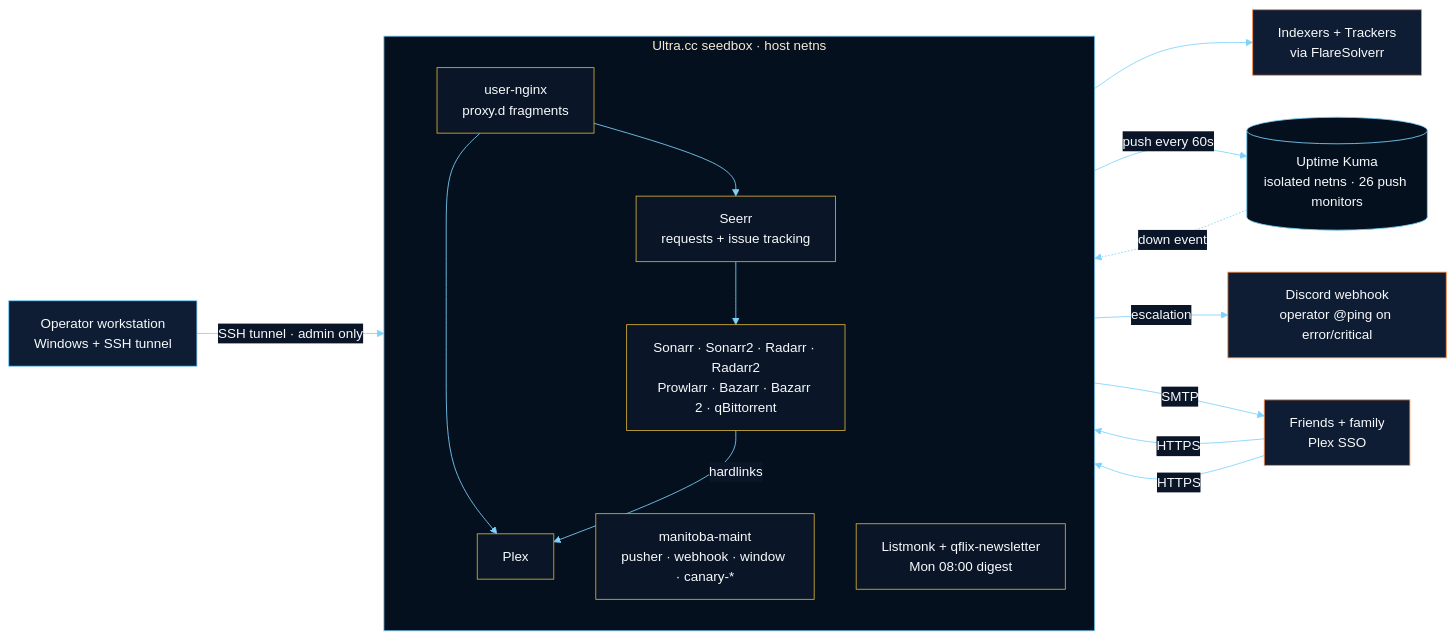
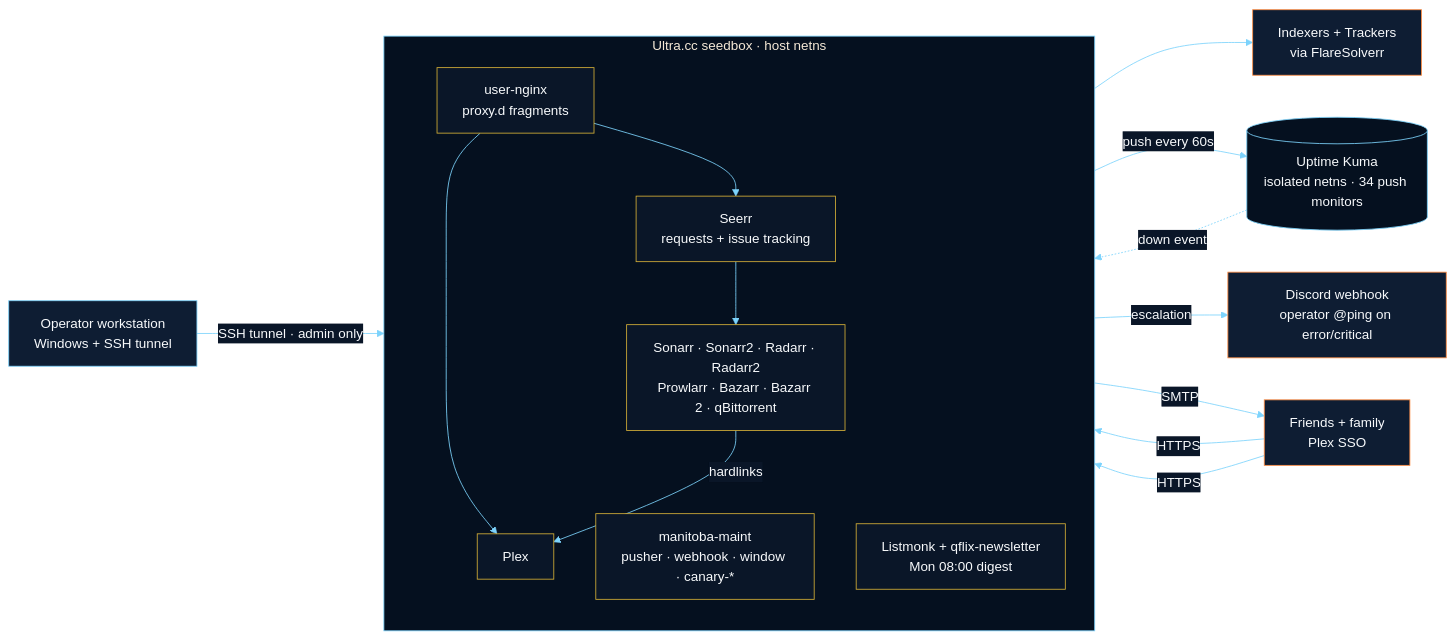
One commit to Quadstronaut/QFlix changed the first of 6 diagrams in README.md. Above: the diagram before and after it, drawn with Mermaid. The commit also changed other lines of this file and 59 other files, not shown here.

````diff
--- a/README.md
+++ b/README.md
@@ -76,35 +76,35 @@
 ```mermaid
 %%{init: {'theme':'base','themeVariables':{'primaryColor':'#0e1d33','primaryTextColor':'#f8fafc','primaryBorderColor':'#ff8c42','lineColor':'#7dd3fc','secondaryColor':'#05101f','tertiaryColor':'#0a1628','clusterBkg':'#05101f','clusterBorder':'#7dd3fc','edgeLabelBackground':'#0a1628','fontFamily':'Segoe UI, Roboto, sans-serif'}}}%%
 flowchart LR
   classDef ext fill:#0e1d33,stroke:#ff8c42,color:#f8fafc
   classDef user fill:#0e1d33,stroke:#7dd3fc,color:#f8fafc
   classDef seedbox fill:#0a1628,stroke:#d4af37,color:#f8fafc
   classDef kuma fill:#05101f,stroke:#7dd3fc,color:#f8fafc
 
   user[Operator workstation<br/>Windows + SSH tunnel]:::user
   friends[Friends + family<br/>Plex SSO]:::ext
   ext[Indexers + Trackers<br/>via FlareSolverr]:::ext
 
   subgraph SB[Ultra.cc seedbox · host netns]
     direction TB
     nginx[user-nginx<br/>proxy.d fragments]:::seedbox
     plex[Plex]:::seedbox
     arr[Sonarr · Sonarr2 · Radarr · Radarr2<br/>Prowlarr · Bazarr · Bazarr 2 · qBittorrent]:::seedbox
     requests[Seerr<br/>requests + issue tracking]:::seedbox
     maint[manitoba-maint<br/>pusher · webhook · window · canary-*]:::seedbox
     comms[Listmonk + qflix-newsletter<br/>Mon 08:00 digest]:::seedbox
   end
 
-  kuma[(Uptime Kuma<br/>isolated netns · 26 push monitors)]:::kuma
+  kuma[(Uptime Kuma<br/>isolated netns · 34 push monitors)]:::kuma
   discord[Discord webhook<br/>operator @ping on error/critical]:::ext
 
   friends -->|HTTPS| nginx --> plex
   friends -->|HTTPS| nginx --> requests
   requests --> arr --> ext
   arr -->|hardlinks| plex
   user -->|SSH tunnel · admin only| arr
   maint -->|push every 60s| kuma
   kuma -.->|down event| maint
   maint -->|escalation| discord
   comms -->|SMTP| friends
 ```
````
